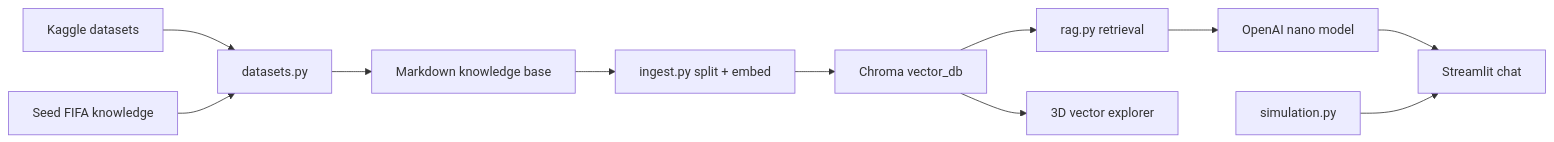
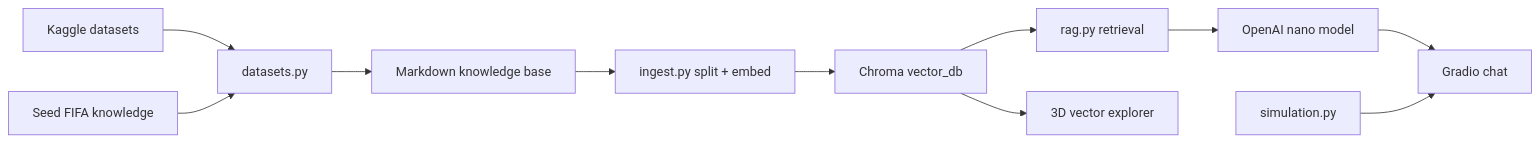
The diagram in README.md (marclerm/fifa-world-cup-2026-rag), drawn with Mermaid before and after one commit. The commit also changed other lines of this file, not shown here.

````diff
--- a/README.md
+++ b/README.md
@@ -80,13 +89,13 @@
 ```mermaid
 flowchart LR
     A["Kaggle datasets"] --> B["datasets.py"]
     C["Seed FIFA knowledge"] --> B
     B --> D["Markdown knowledge base"]
     D --> E["ingest.py split + embed"]
     E --> F["Chroma vector_db"]
     F --> G["rag.py retrieval"]
     G --> H["OpenAI nano model"]
-    H --> I["Streamlit chat"]
+    H --> I["Gradio chat"]
     F --> J["3D vector explorer"]
     K["simulation.py"] --> I
 ```
````
